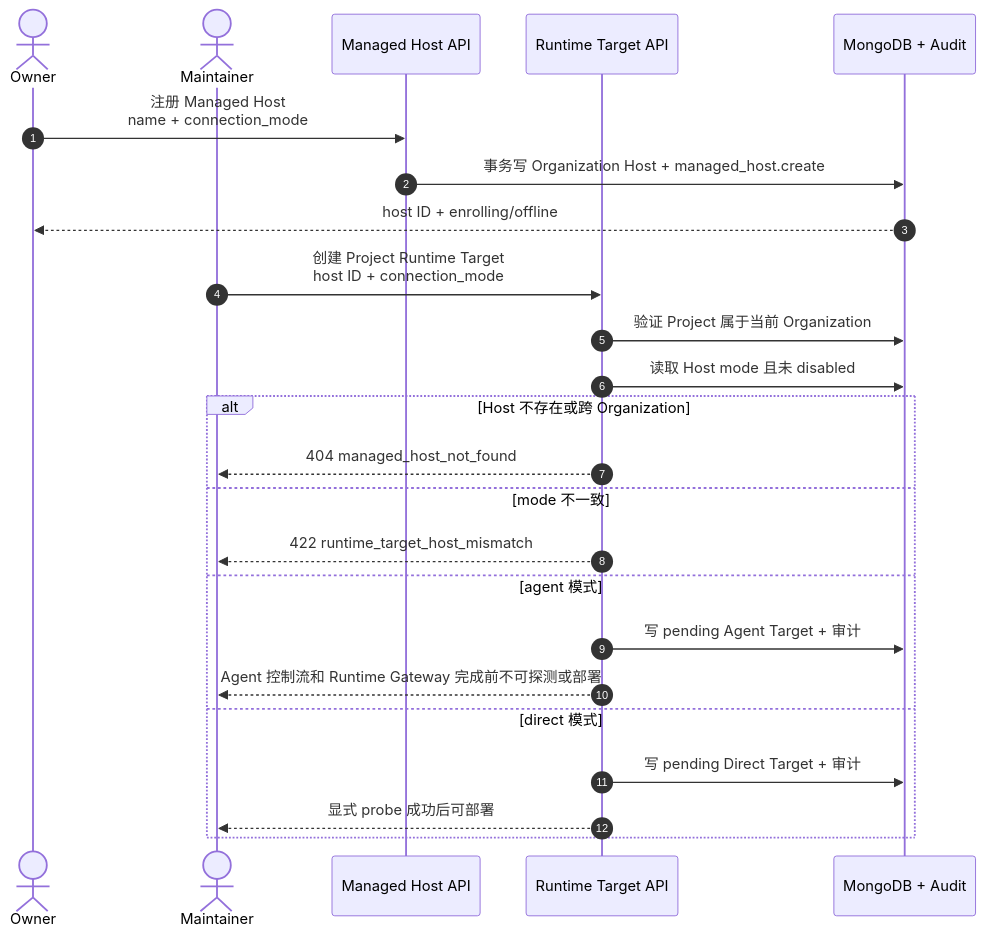
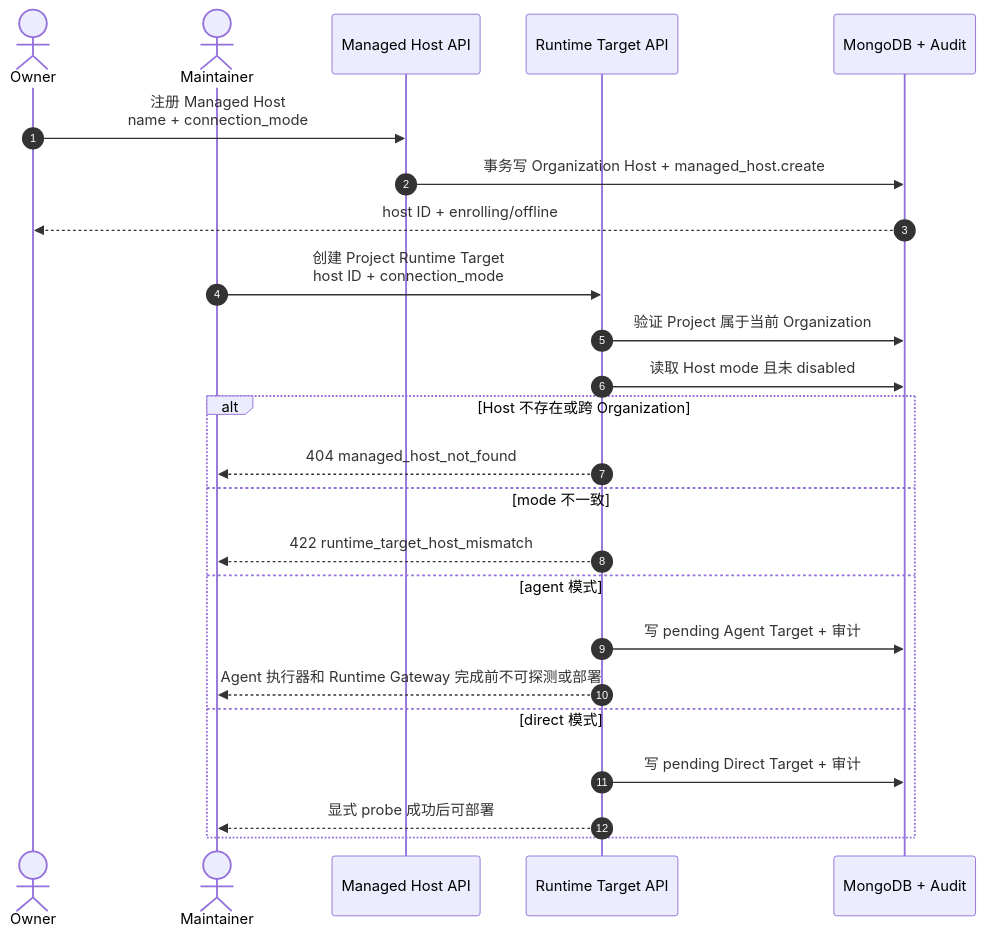
Before and after one commit to owndock/owndock: the seventh of 11 diagrams in docs/flows.md, drawn with Mermaid. The commit also changed other lines of this file and 108 other files, not shown here.

Commit message:
feat: add runtime inventory and harden agent control

````diff
--- a/docs/flows.md
+++ b/docs/flows.md
@@ -177,27 +217,27 @@
 ```mermaid
 sequenceDiagram
     autonumber
     actor O as Owner
     actor M as Maintainer
     participant H as Managed Host API
     participant T as Runtime Target API
     participant DB as MongoDB + Audit
 
     O->>H: 注册 Managed Host<br/>name + connection_mode
     H->>DB: 事务写 Organization Host + managed_host.create
     DB-->>O: host ID + enrolling/offline
     M->>T: 创建 Project Runtime Target<br/>host ID + connection_mode
     T->>DB: 验证 Project 属于当前 Organization
     T->>DB: 读取 Host mode 且未 disabled
     alt Host 不存在或跨 Organization
         T-->>M: 404 managed_host_not_found
     else mode 不一致
         T-->>M: 422 runtime_target_host_mismatch
     else agent 模式
         T->>DB: 写 pending Agent Target + 审计
-        T-->>M: Agent 控制流和 Runtime Gateway 完成前不可探测或部署
+        T-->>M: Agent 执行器和 Runtime Gateway 完成前不可探测或部署
     else direct 模式
         T->>DB: 写 pending Direct Target + 审计
         T-->>M: 显式 probe 成功后可部署
     end
 ```
````
